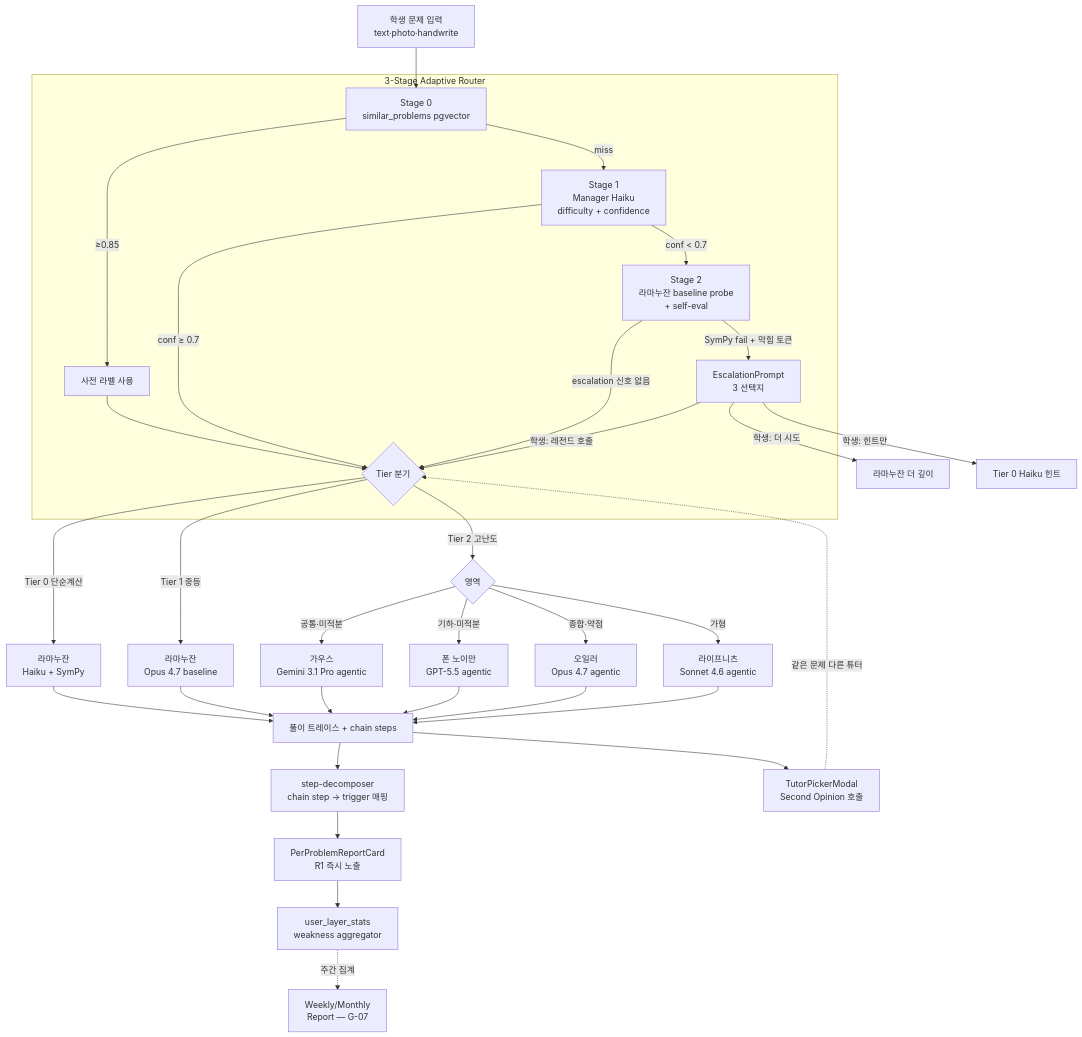
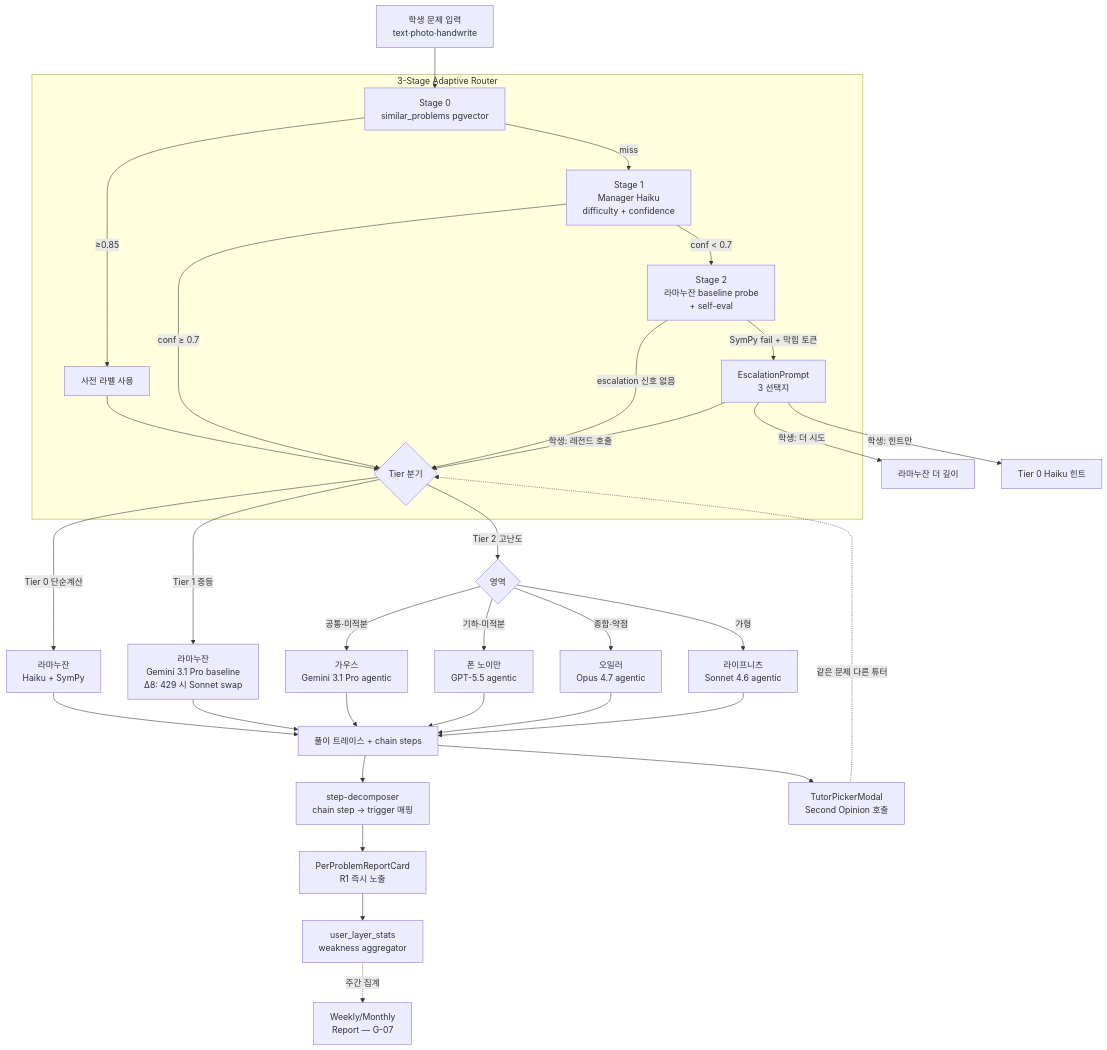
One commit to phoodul/vibe-coding-contest changed the first of 2 diagrams in docs/architecture-g06-legend.md. Above: the diagram before and after it, drawn with Mermaid. The commit also changed other lines of this file and 10 other files, not shown here.

First line of the commit message:
feat(g06): Tier 1 라마누잔 = Gemini baseline + Sonnet 429 fallback (Δ8)

````diff
--- a/docs/architecture-g06-legend.md
+++ b/docs/architecture-g06-legend.md
@@ -22,36 +22,36 @@
 ```mermaid
 flowchart TB
     Q[학생 문제 입력<br/>text·photo·handwrite] --> S0
     subgraph Router[3-Stage Adaptive Router]
       S0[Stage 0<br/>similar_problems pgvector] -->|≥0.85| Lbl[사전 라벨 사용]
       S0 -->|miss| S1[Stage 1<br/>Manager Haiku<br/>difficulty + confidence]
       S1 -->|conf ≥ 0.7| Route
       S1 -->|conf < 0.7| S2[Stage 2<br/>라마누잔 baseline probe<br/>+ self-eval]
       S2 -->|escalation 신호 없음| Route
       S2 -->|SymPy fail + 막힘 토큰| Prompt[EscalationPrompt<br/>3 선택지]
       Lbl --> Route
     end
     Prompt -->|학생: 레전드 호출| Route
     Prompt -->|학생: 더 시도| Probe2[라마누잔 더 깊이]
     Prompt -->|학생: 힌트만| Hint[Tier 0 Haiku 힌트]
     Route{Tier 분기}
     Route -->|Tier 0 단순계산| T0[라마누잔<br/>Haiku + SymPy]
-    Route -->|Tier 1 중등| T1[라마누잔<br/>Opus 4.7 baseline]
+    Route -->|Tier 1 중등| T1[라마누잔<br/>Gemini 3.1 Pro baseline<br/>Δ8: 429 시 Sonnet swap]
     Route -->|Tier 2 고난도| T2{영역}
     T2 -->|공통·미적분| G[가우스<br/>Gemini 3.1 Pro agentic]
     T2 -->|기하·미적분| N[폰 노이만<br/>GPT-5.5 agentic]
     T2 -->|종합·약점| E[오일러<br/>Opus 4.7 agentic]
     T2 -->|가형| L[라이프니츠<br/>Sonnet 4.6 agentic]
     T0 --> Solve[풀이 트레이스 + chain steps]
     T1 --> Solve
     G --> Solve
     N --> Solve
     E --> Solve
     L --> Solve
     Solve --> Decomp[step-decomposer<br/>chain step → trigger 매핑]
     Decomp --> Report[PerProblemReportCard<br/>R1 즉시 노출]
     Solve --> SO[TutorPickerModal<br/>Second Opinion 호출]
     SO -.같은 문제 다른 튜터.-> Route
     Report --> Stat[user_layer_stats<br/>weakness aggregator]
     Stat -.주간 집계.-> R2[Weekly/Monthly<br/>Report — G-07]
 ```
````
